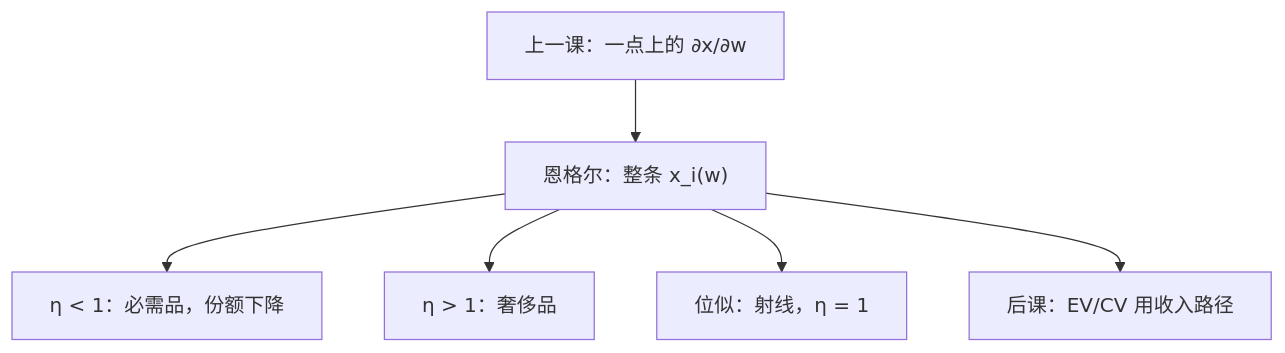
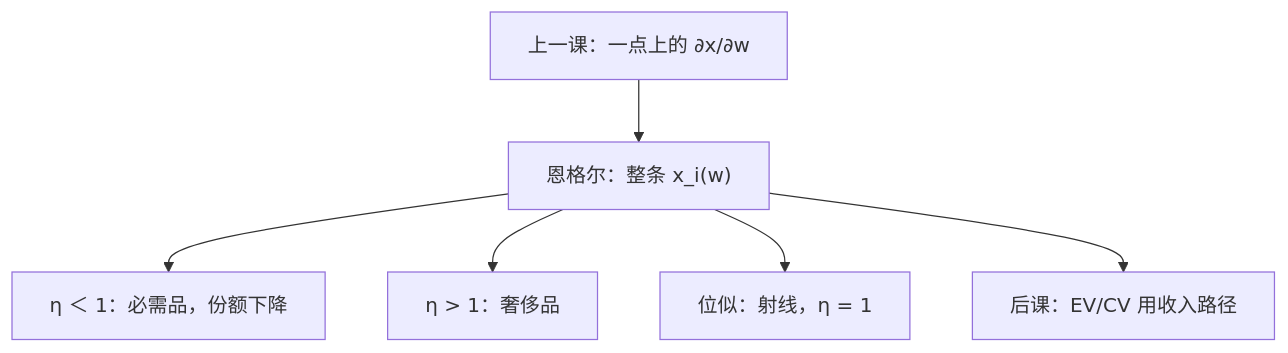
The diagram in docs/econ/engel-curves.md (xhongduo-tech/xhongduo-tech.github.io), drawn with Mermaid before and after one commit. The commit also changed other lines of this file and 772 other files, not shown here.

````diff
--- a/docs/econ/engel-curves.md
+++ b/docs/econ/engel-curves.md
@@ -34,8 +34,8 @@
 ```mermaid
 flowchart TD
   GIFF["上一课：一点上的 ∂x/∂w"] --> ENG["恩格尔：整条 x_i(w)"]
-  ENG --> NEC["η < 1：必需品，份额下降"]
+  ENG --> NEC["η ＜ 1：必需品，份额下降"]
   ENG --> LUX["η > 1：奢侈品"]
   ENG --> HOM["位似：射线，η = 1"]
   ENG --> LATER["后课：EV/CV 用收入路径"]
 ```
````
